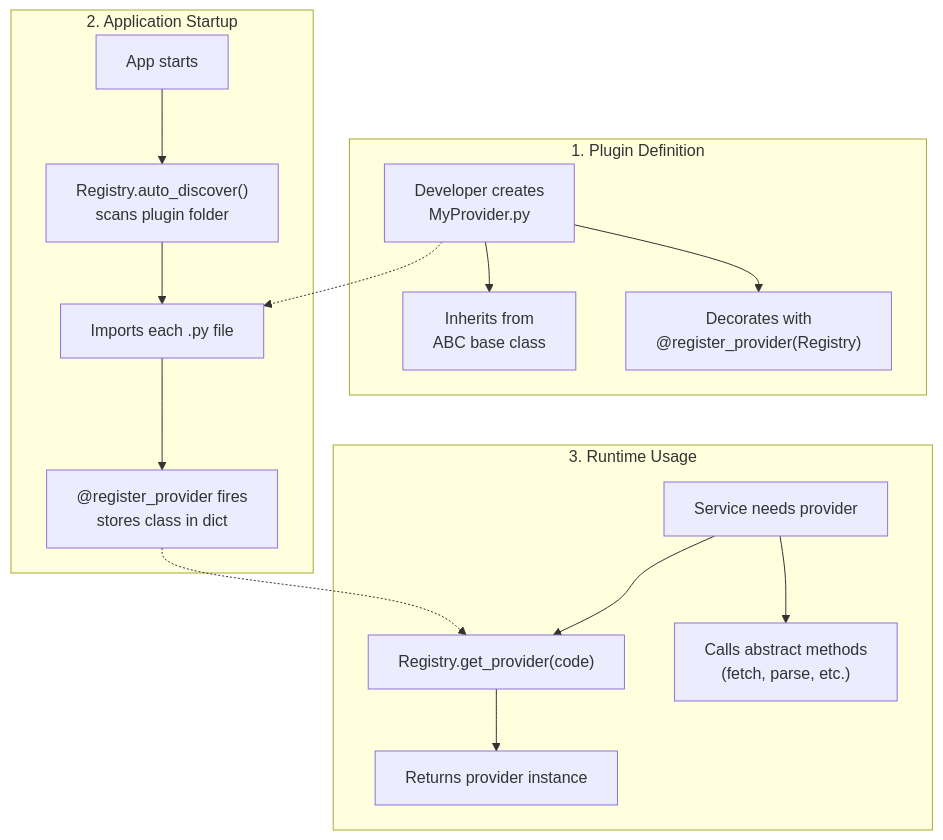
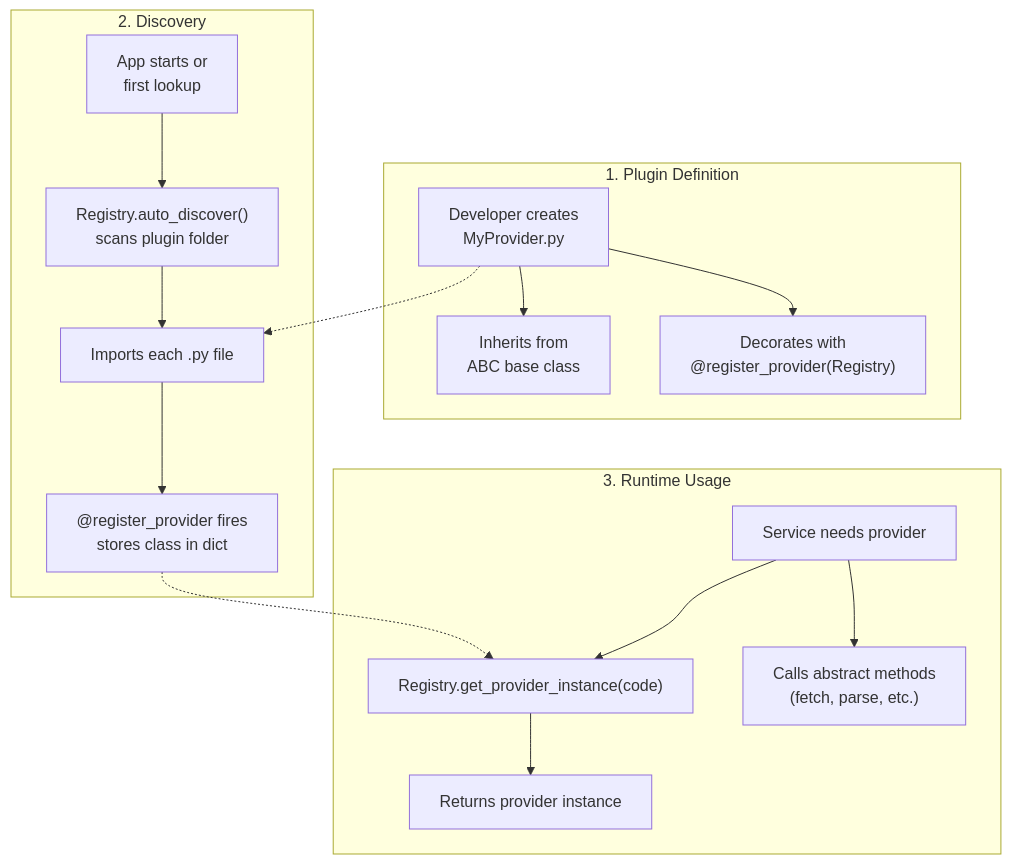
Before and after one commit to Librefolio/LibreFolio: the diagram in mkdocs_src/docs/developer/architecture/patterns/registry_pattern.md, drawn with Mermaid. The commit also changed other lines of this file and 48 other files, not shown here.

````diff
--- a/mkdocs_src/docs/developer/architecture/patterns/registry_pattern.md
+++ b/mkdocs_src/docs/developer/architecture/patterns/registry_pattern.md
@@ -15,22 +17,22 @@
 ```mermaid
 graph TD
     subgraph "1. Plugin Definition"
         DEV["Developer creates<br/>MyProvider.py"] --> ABC["Inherits from<br/>ABC base class"]
         DEV --> DEC["Decorates with<br/>@register_provider(Registry)"]
     end
 
-    subgraph "2. Application Startup"
-        BOOT["App starts"] --> SCAN["Registry.auto_discover()<br/>scans plugin folder"]
+    subgraph "2. Discovery"
+        BOOT["App starts or<br/>first lookup"] --> SCAN["Registry.auto_discover()<br/>scans plugin folder"]
         SCAN --> IMPORT["Imports each .py file"]
         IMPORT --> REG["@register_provider fires<br/>stores class in dict"]
     end
 
     subgraph "3. Runtime Usage"
-        SVC["Service needs provider"] --> GET["Registry.get_provider(code)"]
+        SVC["Service needs provider"] --> GET["Registry.get_provider_instance(code)"]
         GET --> INST["Returns provider instance"]
         SVC --> CALL["Calls abstract methods<br/>(fetch, parse, etc.)"]
     end
 
     DEV -.-> IMPORT
     REG -.-> GET
 ```
````
